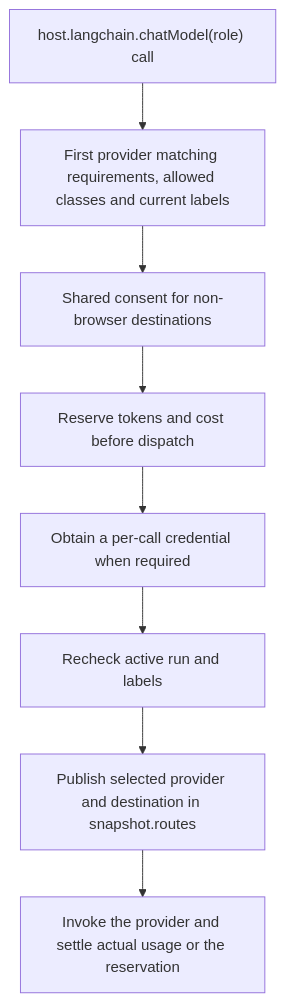
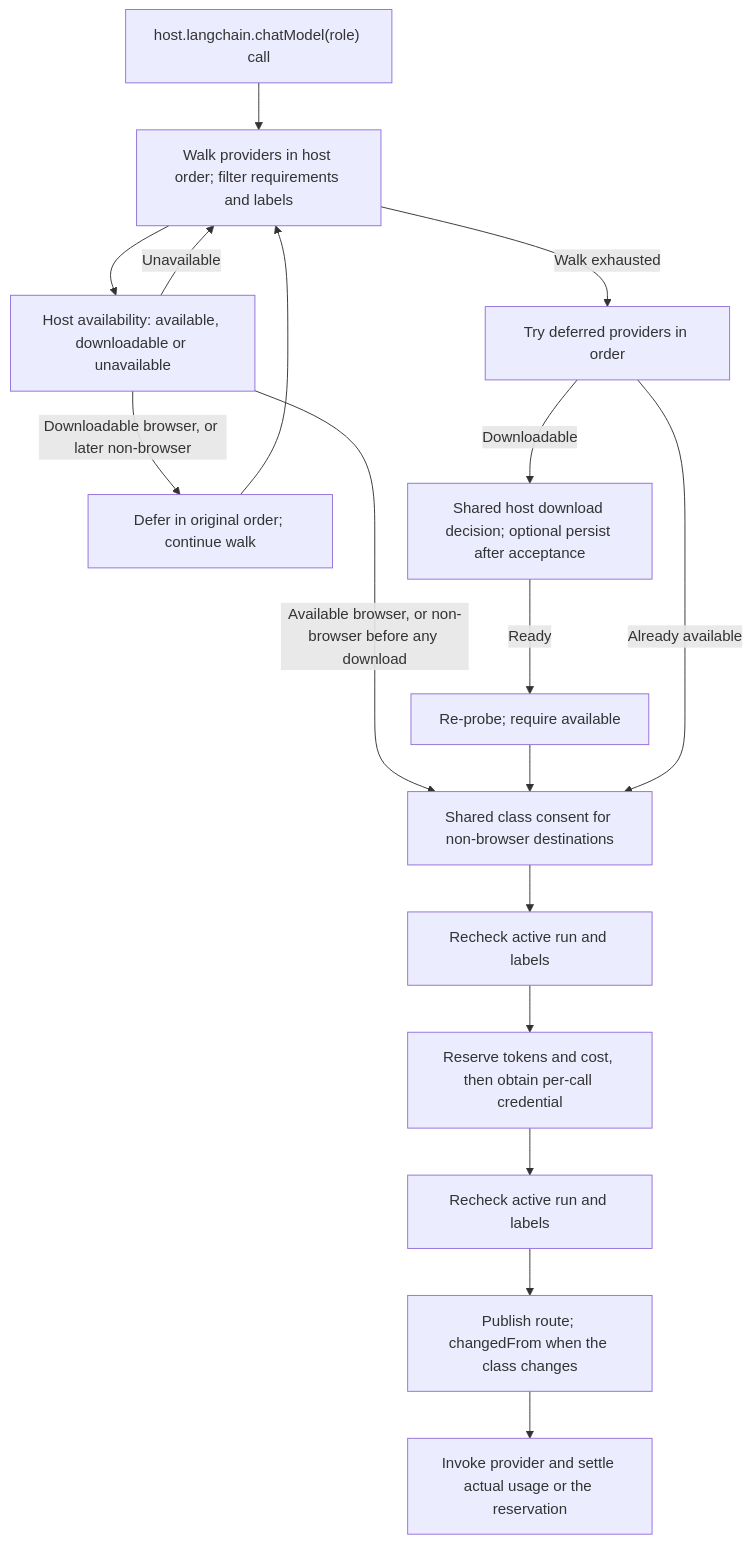
The seventh of 8 diagrams in docs/system-design.md (vinhnxv/galaxie), drawn with Mermaid before and after one commit. The commit also changed other lines of this file and 2 other files, not shown here.

Commit message:
docs: explain first-run routing and structured model output

````diff
--- a/docs/system-design.md
+++ b/docs/system-design.md
@@ -326,10 +326,19 @@
 ```mermaid
 flowchart TD
-    Call["host.langchain.chatModel(role) call"] --> Pick["First provider matching requirements, allowed classes and current labels"]
-    Pick --> Consent["Shared consent for non-browser destinations"]
-    Consent --> Reserve["Reserve tokens and cost before dispatch"]
-    Reserve --> Credential["Obtain a per-call credential when required"]
-    Credential --> Check["Recheck active run and labels"]
-    Check --> Notice["Publish selected provider and destination in snapshot.routes"]
-    Notice --> Send["Invoke the provider and settle actual usage or the reservation"]
+    Call["host.langchain.chatModel(role) call"] --> Walk["Walk providers in host order; filter requirements and labels"]
+    Walk --> Probe["Host availability: available, downloadable or unavailable"]
+    Probe -->|Unavailable| Walk
+    Probe -->|Available browser, or non-browser before any download| Consent["Shared class consent for non-browser destinations"]
+    Probe -->|Downloadable browser, or later non-browser| Defer["Defer in original order; continue walk"]
+    Defer --> Walk
+    Walk -->|Walk exhausted| Deferred["Try deferred providers in order"]
+    Deferred -->|Downloadable| Download["Shared host download decision; optional persist after acceptance"]
+    Download -->|Ready| Reprobe["Re-probe; require available"]
+    Reprobe --> Consent
+    Deferred -->|Already available| Consent
+    Consent --> Labels["Recheck active run and labels"]
+    Labels --> Reserve["Reserve tokens and cost, then obtain per-call credential"]
+    Reserve --> Check["Recheck active run and labels"]
+    Check --> Notice["Publish route; changedFrom when the class changes"]
+    Notice --> Send["Invoke provider and settle actual usage or the reservation"]
 ```
````
